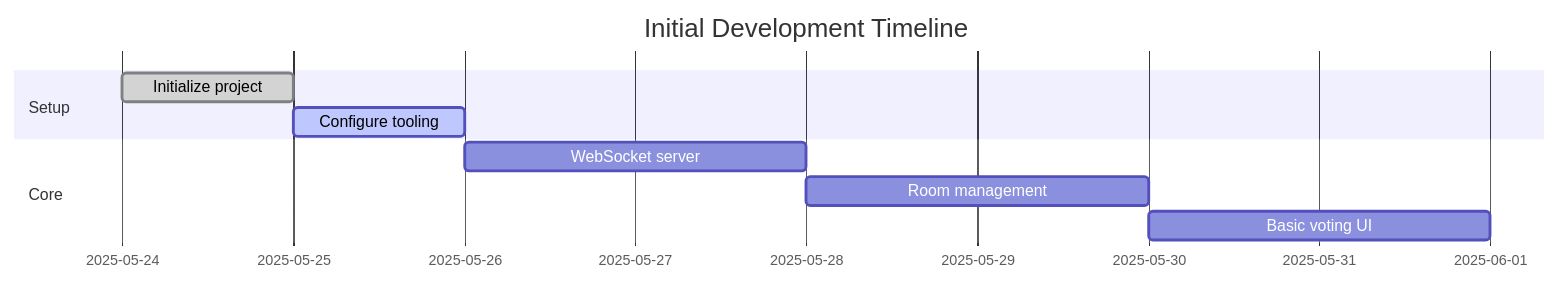
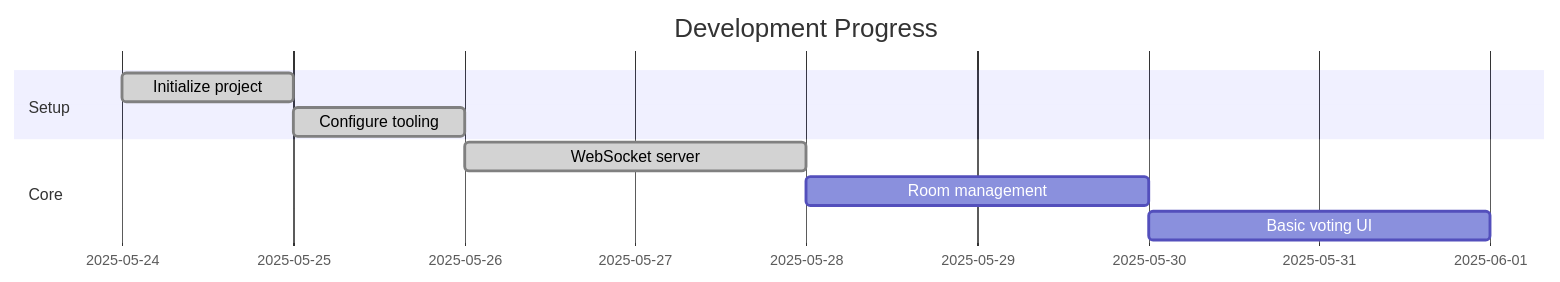
Before and after one commit to conrisc/scrum-poker: the diagram in memory-bank/activeContext.md, drawn with Mermaid. The commit also changed other lines of this file and 6 other files, not shown here.

Commit message:
Implement WebSocket server

````diff
--- a/memory-bank/activeContext.md
+++ b/memory-bank/activeContext.md
@@ -18,13 +18,13 @@
 ```mermaid
 gantt
-    title Initial Development Timeline
+    title Development Progress
     dateFormat  YYYY-MM-DD
     section Setup
     Initialize project       :done, 2025-05-24, 1d
-    Configure tooling       :active, 2025-05-25, 1d
+    Configure tooling       :done, 2025-05-25, 1d
     
     section Core
-    WebSocket server        :2025-05-26, 2d
+    WebSocket server        :done, 2025-05-26, 2d
     Room management         :2025-05-28, 2d
     Basic voting UI         :2025-05-30, 2d
 ```
````
